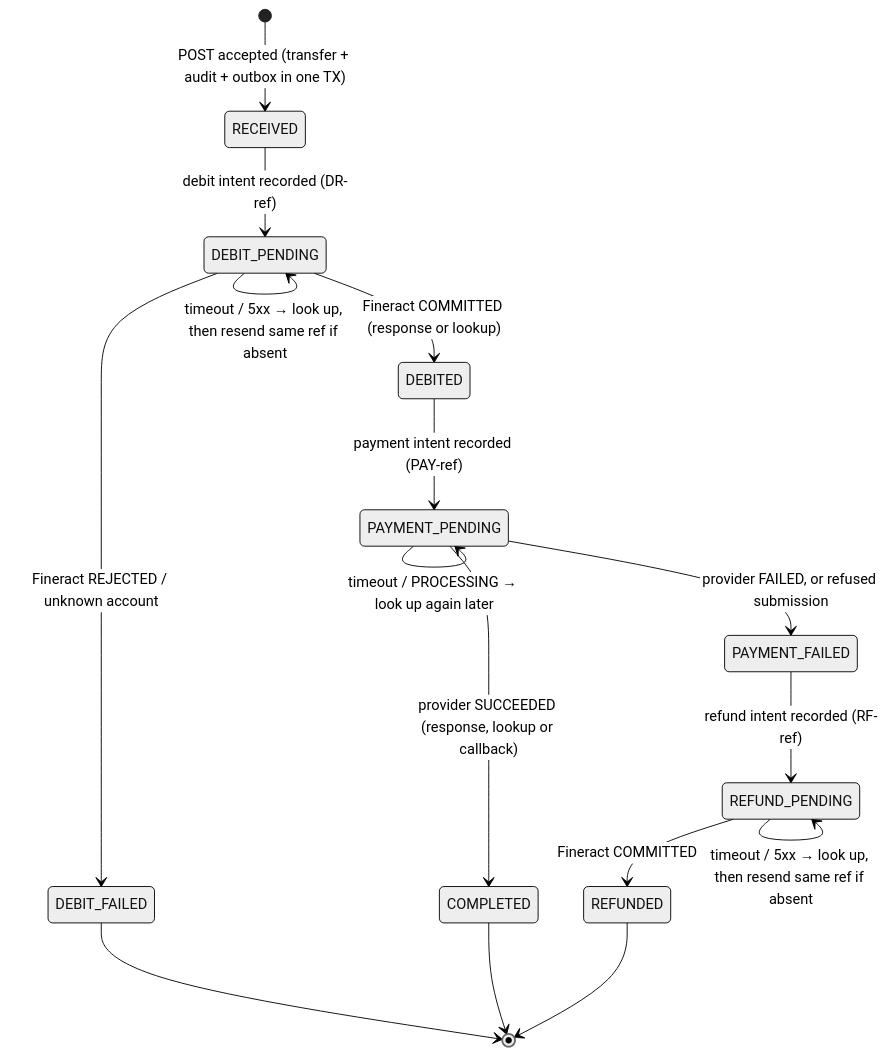
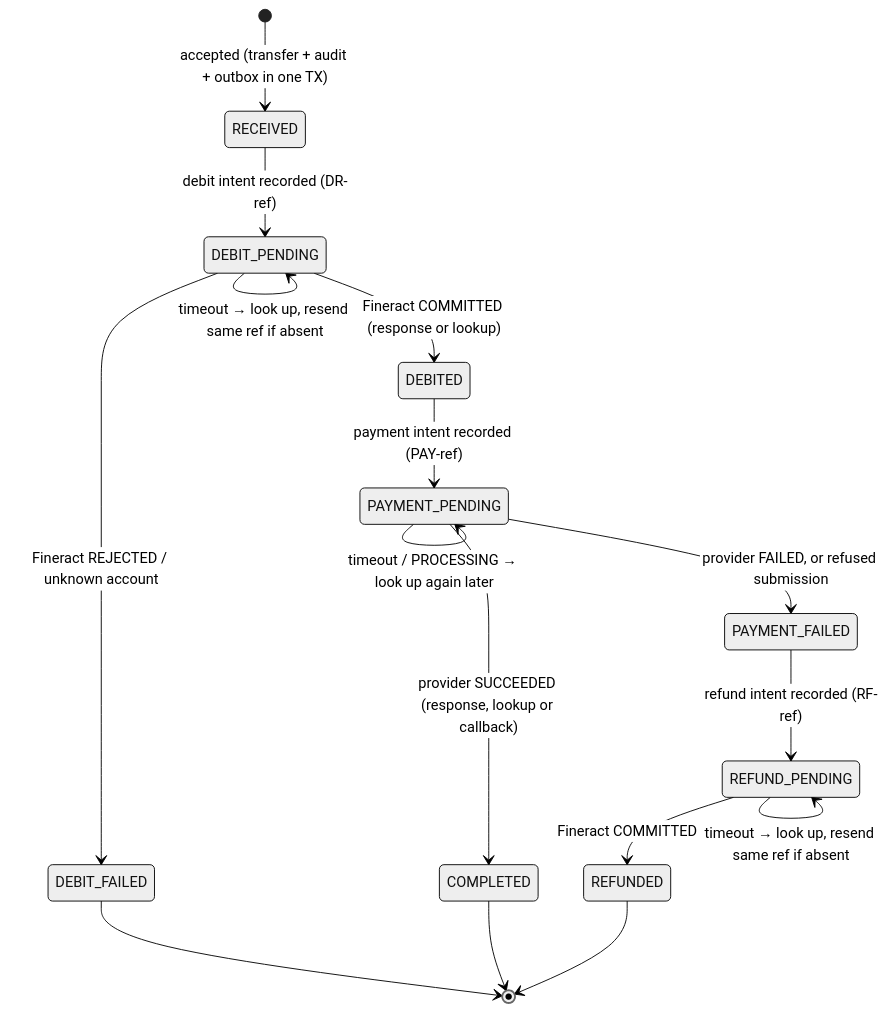
One commit to Mojolaoluwajoy/transfer-processing-service changed the diagram in README.md. Above: the diagram before and after it, drawn with Mermaid (neutral theme). The commit also changed other lines of this file, not shown here.

````diff
--- a/README.md
+++ b/README.md
@@ -252,18 +92,18 @@
 ```mermaid
 stateDiagram-v2
-    [*] --> RECEIVED: POST accepted (transfer + audit + outbox in one TX)
+    [*] --> RECEIVED: accepted (transfer + audit + outbox in one TX)
     RECEIVED --> DEBIT_PENDING: debit intent recorded (DR-ref)
     DEBIT_PENDING --> DEBITED: Fineract COMMITTED (response or lookup)
     DEBIT_PENDING --> DEBIT_FAILED: Fineract REJECTED / unknown account
-    DEBIT_PENDING --> DEBIT_PENDING: timeout / 5xx → look up, then resend same ref if absent
+    DEBIT_PENDING --> DEBIT_PENDING: timeout → look up, resend same ref if absent
     DEBITED --> PAYMENT_PENDING: payment intent recorded (PAY-ref)
     PAYMENT_PENDING --> PAYMENT_PENDING: timeout / PROCESSING → look up again later
     PAYMENT_PENDING --> COMPLETED: provider SUCCEEDED (response, lookup or callback)
     PAYMENT_PENDING --> PAYMENT_FAILED: provider FAILED, or refused submission
     PAYMENT_FAILED --> REFUND_PENDING: refund intent recorded (RF-ref)
-    REFUND_PENDING --> REFUND_PENDING: timeout / 5xx → look up, then resend same ref if absent
+    REFUND_PENDING --> REFUND_PENDING: timeout → look up, resend same ref if absent
     REFUND_PENDING --> REFUNDED: Fineract COMMITTED
     DEBIT_FAILED --> [*]
     COMPLETED --> [*]
     REFUNDED --> [*]
 ```
````
